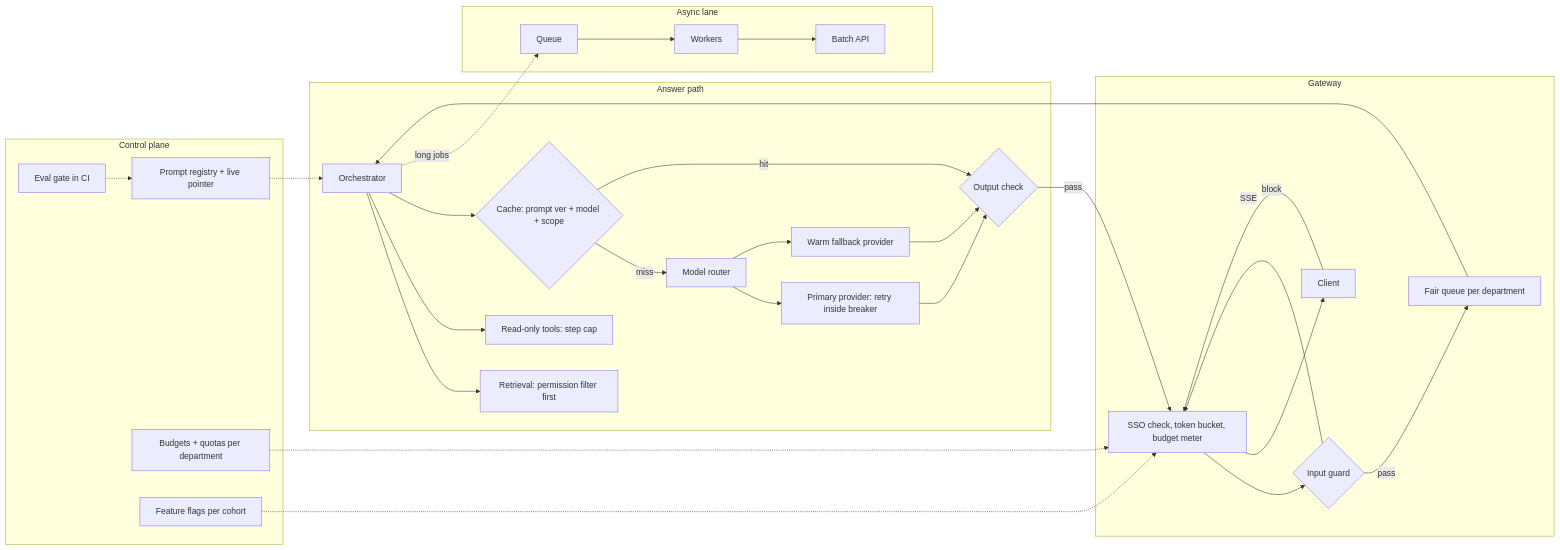
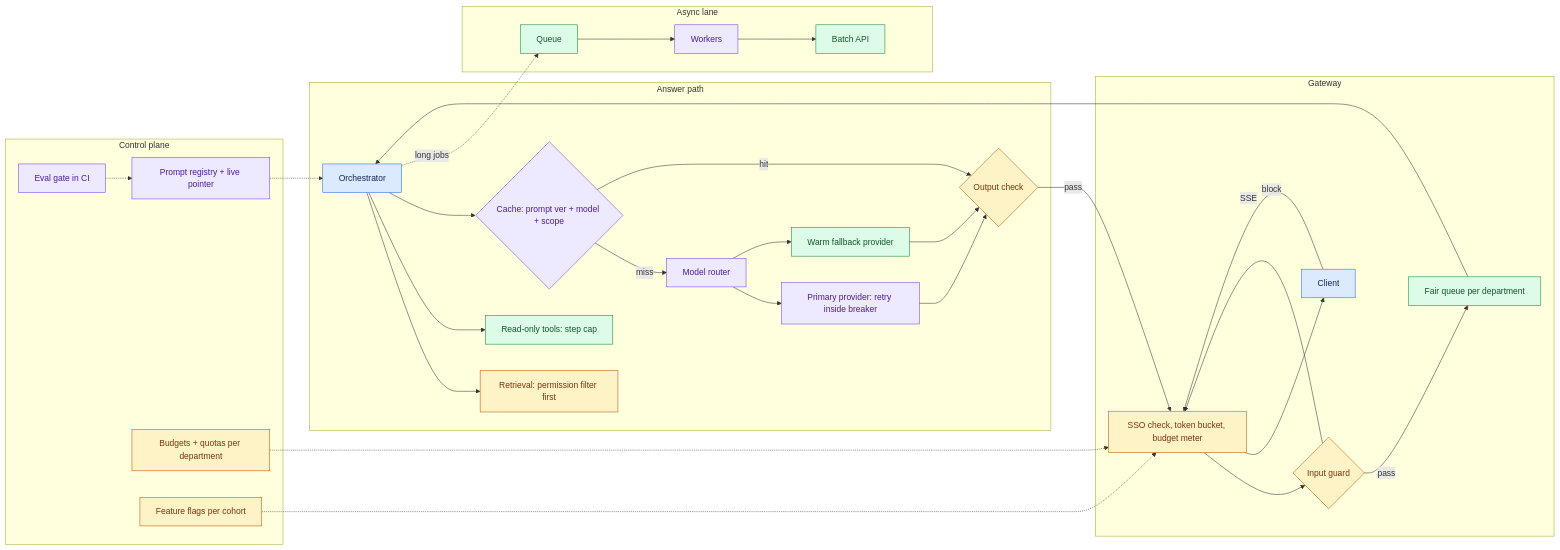
Before and after one commit to Sourav692/Forward-Deployed-Engineer-Interview-Prep: the third of 3 diagrams in site/content/modules/15-fde-case-studies/judgement-and-decomposition/scale-prototype-to-production/guide-part-2.md, drawn with Mermaid. The commit also changed other lines of this file and 1268 other files, not shown here.

First line of the commit message:
content: polish Casebook writing and Mermaid diagrams (#251)

````diff
--- a/site/content/modules/15-fde-case-studies/judgement-and-decomposition/scale-prototype-to-production/guide-part-2.md
+++ b/site/content/modules/15-fde-case-studies/judgement-and-decomposition/scale-prototype-to-production/guide-part-2.md
@@ -42,40 +78,50 @@
 ```mermaid
 flowchart LR
     subgraph CP[Control plane]
         PR[Prompt registry + live pointer]
         EG[Eval gate in CI]
         BQ[Budgets + quotas per department]
         FF[Feature flags per cohort]
     end
 
     subgraph EDGE[Gateway]
         C[Client] -- SSE --> GW[SSO check, token bucket, budget meter]
         GW --> IG{Input guard}
         IG -- pass --> FQ[Fair queue per department]
     end
 
     subgraph CORE[Answer path]
         OR[Orchestrator] --> RT[Retrieval: permission filter first]
         OR --> TL[Read-only tools: step cap]
         OR --> CA{Cache: prompt ver + model + scope}
         CA -- miss --> MR[Model router]
         MR --> P1[Primary provider: retry inside breaker]
         MR --> P2[Warm fallback provider]
         P1 --> OC{Output check}
         P2 --> OC
     end
 
     subgraph ASYNC[Async lane]
         Q[Queue] --> W[Workers] --> BA[Batch API]
     end
 
     FQ --> OR
     CA -- hit --> OC
     OC -- pass --> GW --> C
     IG -- block --> GW
     OR -. long jobs .-> Q
     PR -.-> OR
     EG -.-> PR
     BQ -.-> GW
     FF -.-> GW
+
+    %% Casebook colours: entry, reasoning, results, controls, and stopped paths.
+    classDef cbReason fill:#ede9fe,stroke:#7c3aed,color:#4c1d95
+    class PR,EG,CA,MR,P1,W cbReason
+    classDef cbPolicy fill:#fef3c7,stroke:#b45309,color:#78350f
+    class BQ,FF,GW,IG,RT,OC cbPolicy
+    classDef cbInput fill:#dbeafe,stroke:#2563eb,color:#172554
+    class C,OR cbInput
+    classDef cbAction fill:#dcfce7,stroke:#15803d,color:#14532d
+    class FQ,TL,P2,Q,BA cbAction
 ```
````
